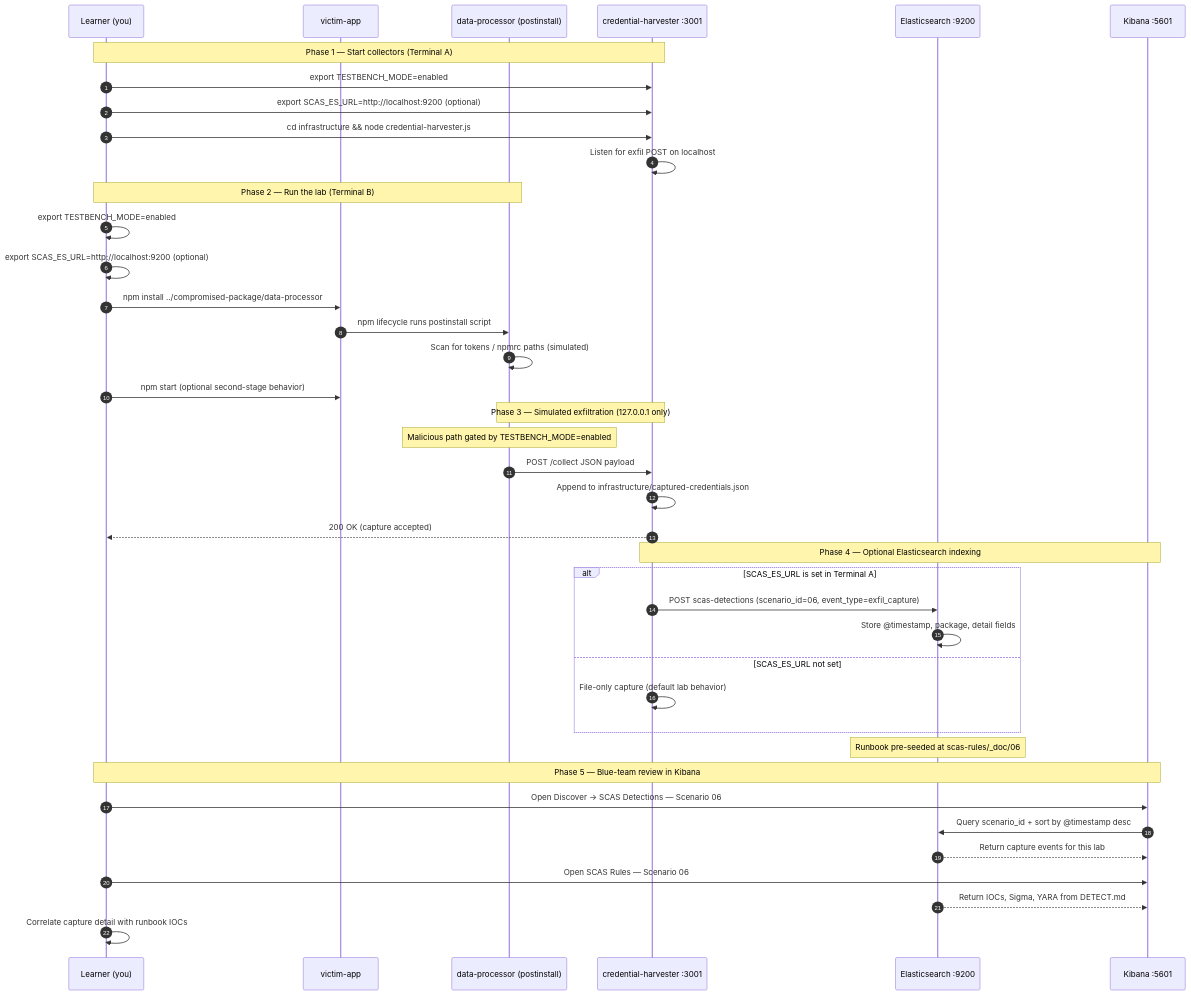
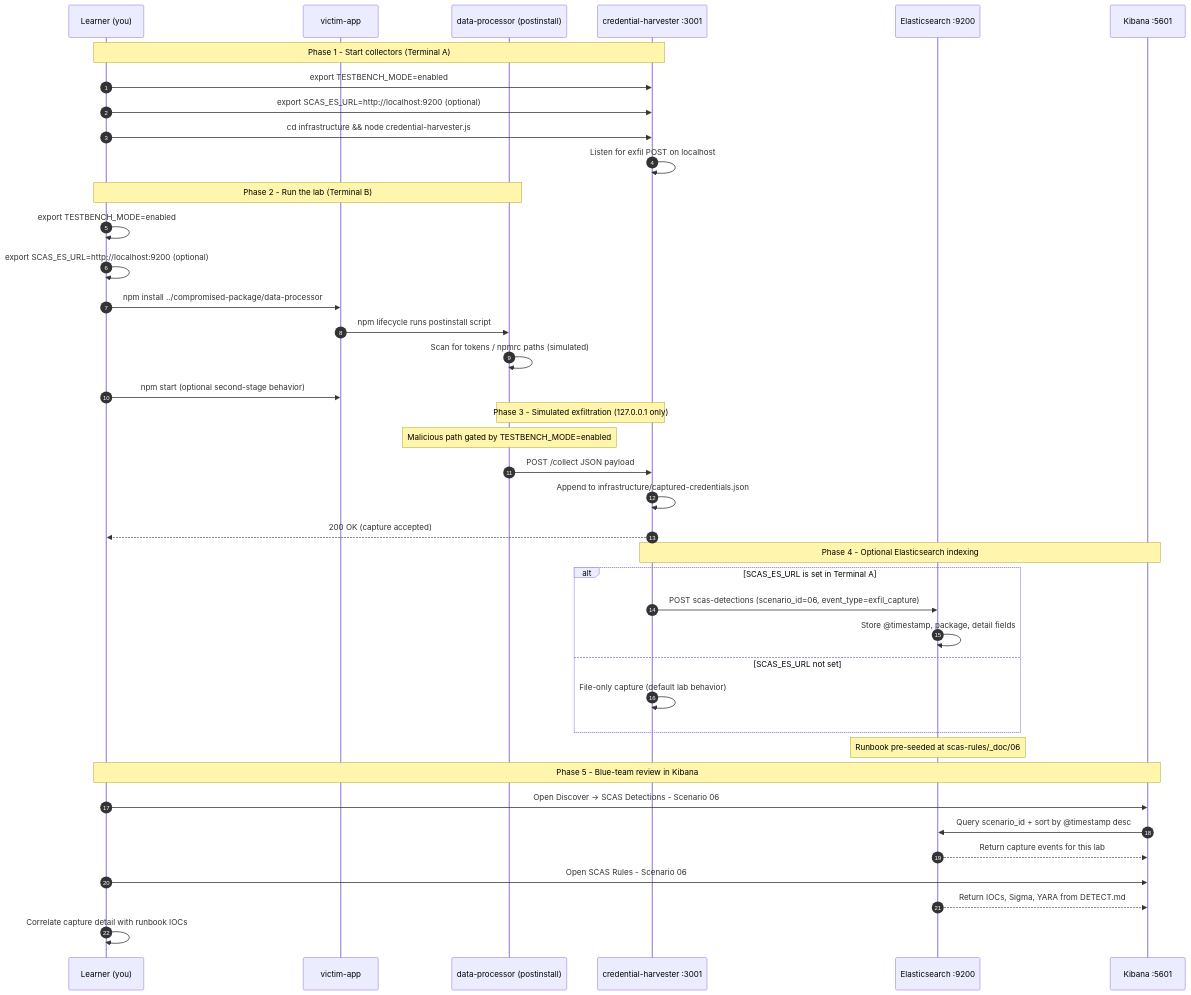
Before and after one commit to RAJANAGORI/testbench: the diagram in documentation/scenario-guides/zero-to-hero/ZERO_TO_HERO_SCENARIO_06.md, drawn with Mermaid. The commit also changed other lines of this file and 66 other files, not shown here.

````diff
--- a/documentation/scenario-guides/zero-to-hero/ZERO_TO_HERO_SCENARIO_06.md
+++ b/documentation/scenario-guides/zero-to-hero/ZERO_TO_HERO_SCENARIO_06.md
@@ -665,47 +665,47 @@
 ```mermaid
 sequenceDiagram
     autonumber
     participant Learner as Learner (you)
     participant Victim as victim-app
     participant MalPkg as data-processor (postinstall)
     participant Mock as credential-harvester :3001
     participant ES as Elasticsearch :9200
     participant Kibana as Kibana :5601
 
-    Note over Learner,Mock: Phase 1 — Start collectors (Terminal A)
+    Note over Learner,Mock: Phase 1 - Start collectors (Terminal A)
     Learner->>Mock: export TESTBENCH_MODE=enabled
     Learner->>Mock: export SCAS_ES_URL=http://localhost:9200 (optional)
     Learner->>Mock: cd infrastructure && node credential-harvester.js
     Mock->>Mock: Listen for exfil POST on localhost
 
-    Note over Learner,MalPkg: Phase 2 — Run the lab (Terminal B)
+    Note over Learner,MalPkg: Phase 2 - Run the lab (Terminal B)
     Learner->>Learner: export TESTBENCH_MODE=enabled
     Learner->>Learner: export SCAS_ES_URL=http://localhost:9200 (optional)
     Learner->>Victim: npm install ../compromised-package/data-processor
     Victim->>MalPkg: npm lifecycle runs postinstall script
     MalPkg->>MalPkg: Scan for tokens / npmrc paths (simulated)
     Learner->>Victim: npm start (optional second-stage behavior)
 
-    Note over MalPkg,Mock: Phase 3 — Simulated exfiltration (127.0.0.1 only)
+    Note over MalPkg,Mock: Phase 3 - Simulated exfiltration (127.0.0.1 only)
     Note over MalPkg: Malicious path gated by TESTBENCH_MODE=enabled
     MalPkg->>Mock: POST /collect JSON payload
     Mock->>Mock: Append to infrastructure/captured-credentials.json
     Mock-->>Learner: 200 OK (capture accepted)
 
-    Note over Mock,Kibana: Phase 4 — Optional Elasticsearch indexing
+    Note over Mock,Kibana: Phase 4 - Optional Elasticsearch indexing
     alt SCAS_ES_URL is set in Terminal A
     Mock->>ES: POST scas-detections (scenario_id=06, event_type=exfil_capture)
     ES->>ES: Store @timestamp, package, detail fields
     else SCAS_ES_URL not set
     Mock->>Mock: File-only capture (default lab behavior)
     end
 
     Note over ES: Runbook pre-seeded at scas-rules/_doc/06
-    Note over Learner,Kibana: Phase 5 — Blue-team review in Kibana
-    Learner->>Kibana: Open Discover → SCAS Detections — Scenario 06
+    Note over Learner,Kibana: Phase 5 - Blue-team review in Kibana
+    Learner->>Kibana: Open Discover → SCAS Detections - Scenario 06
     Kibana->>ES: Query scenario_id + sort by @timestamp desc
     ES-->>Kibana: Return capture events for this lab
-    Learner->>Kibana: Open SCAS Rules — Scenario 06
+    Learner->>Kibana: Open SCAS Rules - Scenario 06
     ES-->>Kibana: Return IOCs, Sigma, YARA from DETECT.md
     Learner->>Learner: Correlate capture detail with runbook IOCs
 ```
````
